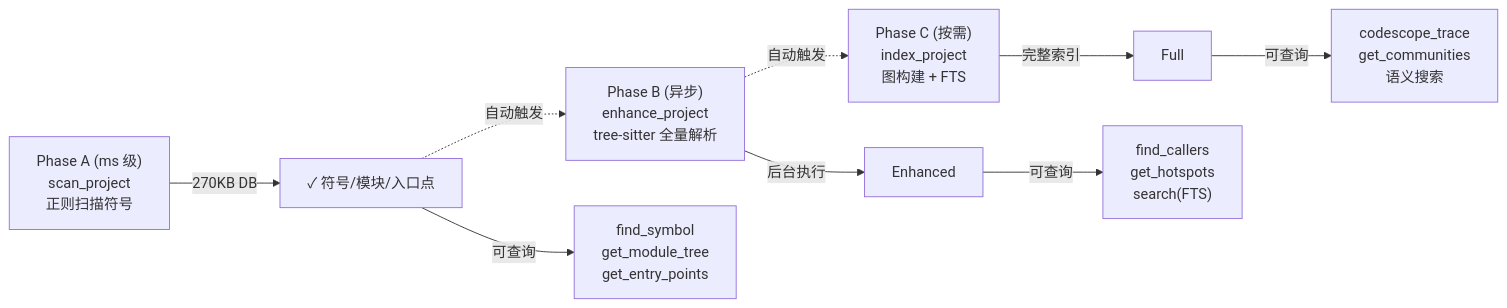
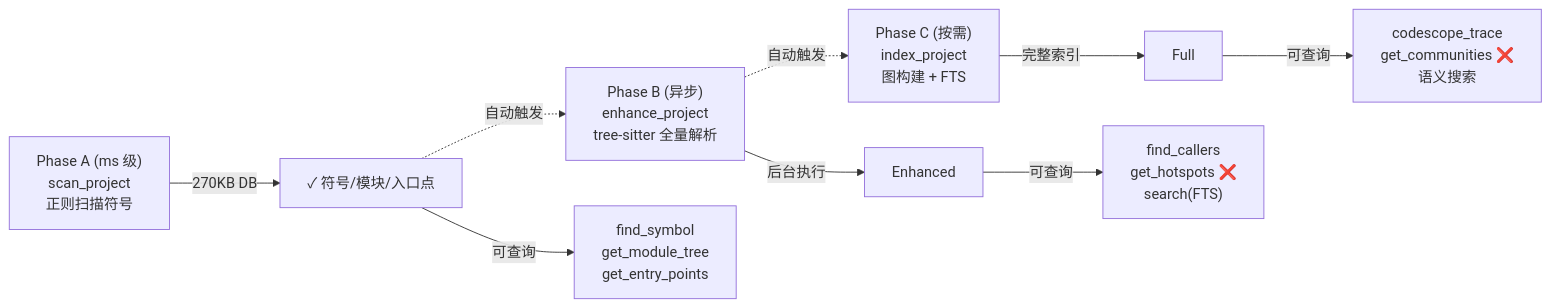
One commit to Timwood0x10/CodeScope changed the second of 3 diagrams in docs/articles/zh/codescope-architecture-01-intro.md. Above: the diagram before and after it, drawn with Mermaid. The commit also changed 33 other files, not shown here.

Commit message:
docs: update all docs to mark missing MCP tools, add new architecture articles

````diff
--- a/docs/articles/zh/codescope-architecture-01-intro.md
+++ b/docs/articles/zh/codescope-architecture-01-intro.md
@@ -148,11 +148,11 @@
 ```mermaid
 flowchart LR
     PA["Phase A (ms 级)<br/>scan_project<br/>正则扫描符号"] -->|"270KB DB"| Ready["✓ 符号/模块/入口点"]
     PB["Phase B (异步)<br/>enhance_project<br/>tree-sitter 全量解析"] -->|"后台执行"| Enhanced
     PC["Phase C (按需)<br/>index_project<br/>图构建 + FTS"] -->|"完整索引"| Full
     Ready -.->|"自动触发"| PB
     Ready -->|"可查询"| Query1["find_symbol<br/>get_module_tree<br/>get_entry_points"]
     PB -.->|"自动触发"| PC
-    Enhanced -->|"可查询"| Query2["find_callers<br/>get_hotspots<br/>search(FTS)"]
-    Full -->|"可查询"| Query3["codescope_trace<br/>get_communities<br/>语义搜索"]
+    Enhanced -->|"可查询"| Query2["find_callers<br/>get_hotspots ❌<br/>search(FTS)"]
+    Full -->|"可查询"| Query3["codescope_trace<br/>get_communities ❌<br/>语义搜索"]
 ```
````
